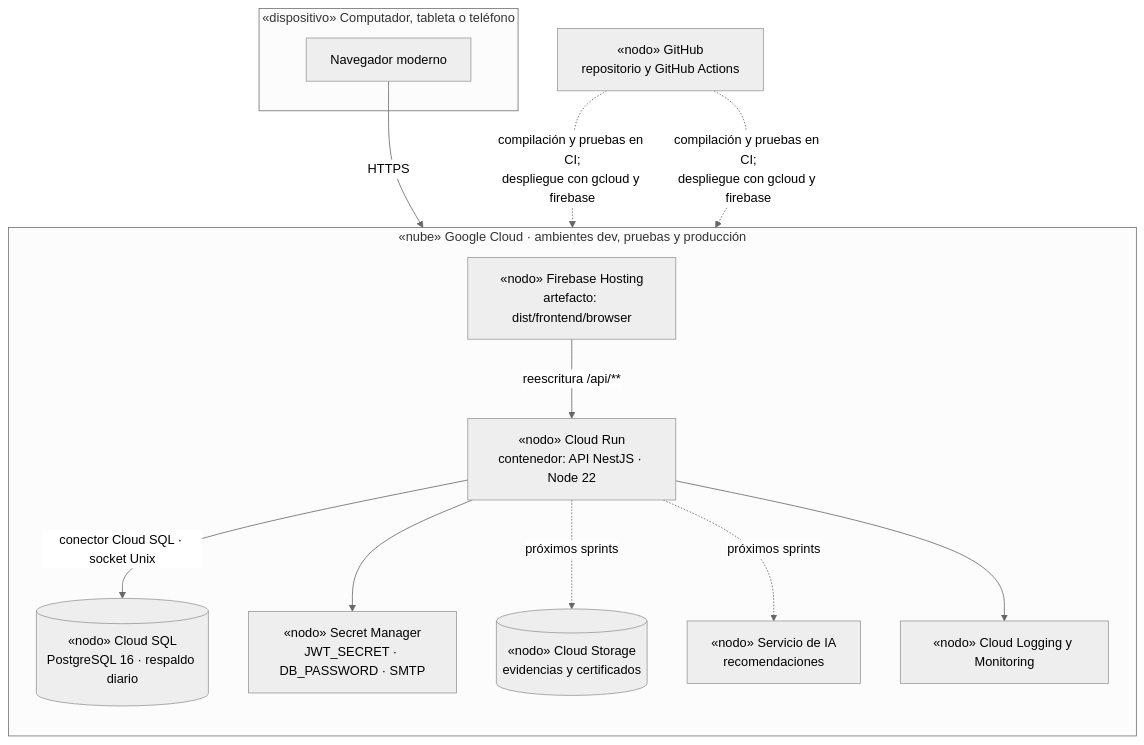
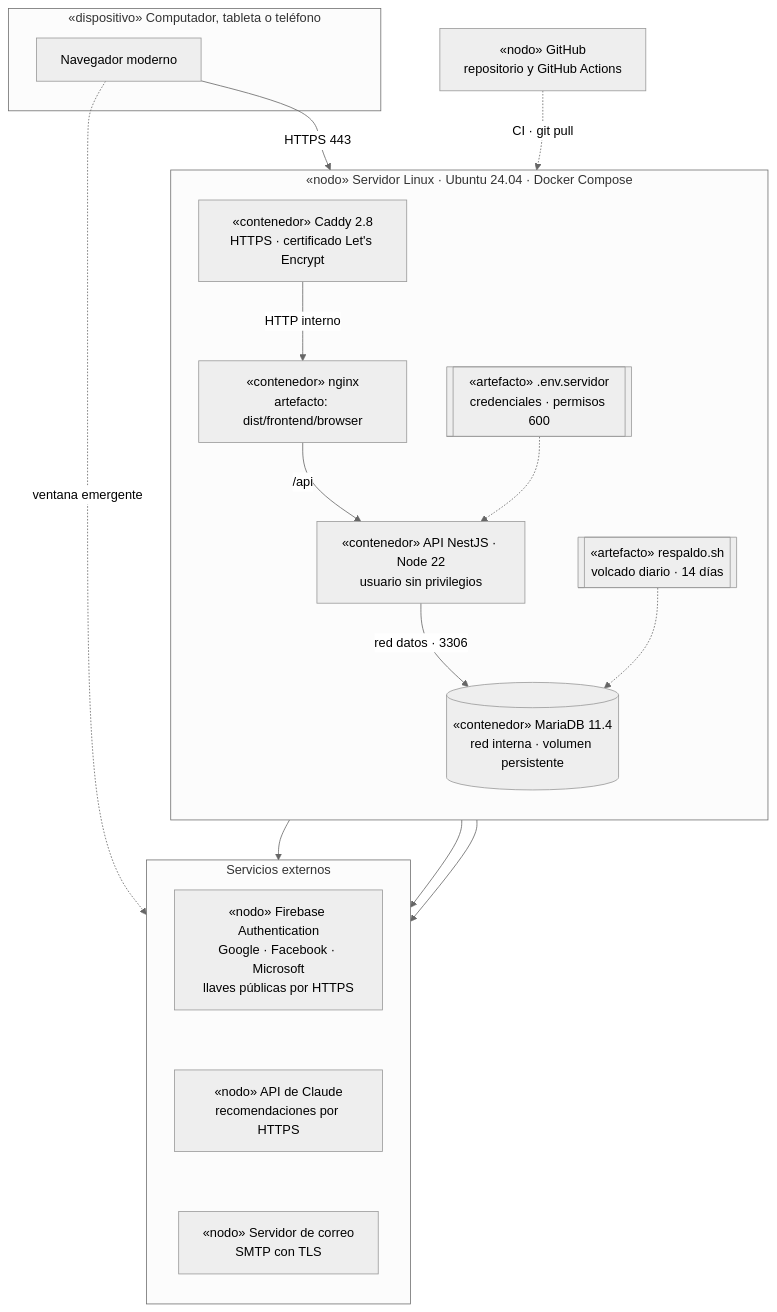
The diagram in docs/uml/fuentes/despliegue.mmd (98765432100123456/Aplicacion-a-la-inteligencia-artificial-), drawn with Mermaid (neutral theme) before and after one commit. The commit also changed 23 other files, not shown here.

First line of the commit message:
Documentación de MariaDB, predios, evaluaciones y despliegue

```diff
--- a/docs/uml/fuentes/despliegue.mmd
+++ b/docs/uml/fuentes/despliegue.mmd
@@ -1,26 +1,35 @@
 flowchart TB
     subgraph CL["«dispositivo» Computador, tableta o teléfono"]
         NAV[Navegador moderno]
     end
 
-    subgraph GCP["«nube» Google Cloud · ambientes dev, pruebas y producción"]
+    subgraph SRV["«nodo» Servidor Linux · Ubuntu 24.04 · Docker Compose"]
         direction TB
-        FH["«nodo» Firebase Hosting<br/>artefacto: dist/frontend/browser"]
-        CR["«nodo» Cloud Run<br/>contenedor: API NestJS · Node 22"]
-        SQL[("«nodo» Cloud SQL<br/>PostgreSQL 16 · respaldo diario")]
-        SM["«nodo» Secret Manager<br/>JWT_SECRET · DB_PASSWORD · SMTP"]
-        GCS[("«nodo» Cloud Storage<br/>evidencias y certificados")]
-        LOG["«nodo» Cloud Logging y Monitoring"]
-        AI["«nodo» Servicio de IA<br/>recomendaciones"]
+        CA["«contenedor» Caddy 2.8<br/>HTTPS · certificado Let's Encrypt"]
+        WEB["«contenedor» nginx<br/>artefacto: dist/frontend/browser"]
+        API["«contenedor» API NestJS · Node 22<br/>usuario sin privilegios"]
+        DB[("«contenedor» MariaDB 11.4<br/>red interna · volumen persistente")]
+        RES[["«artefacto» respaldo.sh<br/>volcado diario · 14 días"]]
+        ENV[["«artefacto» .env.servidor<br/>credenciales · permisos 600"]]
     end
 
+    subgraph EXT["Servicios externos"]
+        direction TB
+        FB["«nodo» Firebase Authentication<br/>Google · Facebook · Microsoft<br/>llaves públicas por HTTPS"]
+        CLA["«nodo» API de Claude<br/>recomendaciones por HTTPS"]
+        SMTP["«nodo» Servidor de correo<br/>SMTP con TLS"]
+        FB ~~~ CLA ~~~ SMTP
+    end
     GH["«nodo» GitHub<br/>repositorio y GitHub Actions"]
 
-    NAV -- HTTPS --> FH
-    FH -- "reescritura /api/**" --> CR
-    CR -- "conector Cloud SQL · socket Unix" --> SQL
-    CR --> SM
-    CR -.->|próximos sprints| GCS
-    CR -.->|próximos sprints| AI
-    CR --> LOG
-    GH -.->|"compilación y pruebas en CI;<br/>despliegue con gcloud y firebase"| FH & CR
+    NAV -- "HTTPS 443" --> CA
+    CA -- "HTTP interno" --> WEB
+    WEB -- "/api" --> API
+    API -- "red datos · 3306" --> DB
+    RES -.-> DB
+    ENV -.-> API
+    API --> FB
+    API --> CLA
+    NAV -. "ventana emergente" .-> FB
+    API --> SMTP
+    GH -.->|"CI · git pull"| SRV
```
